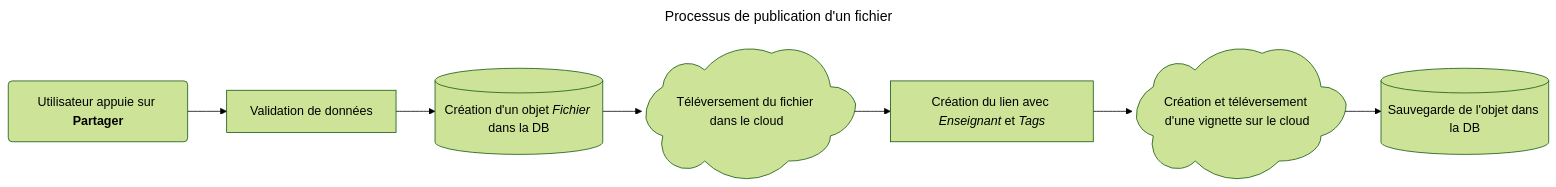
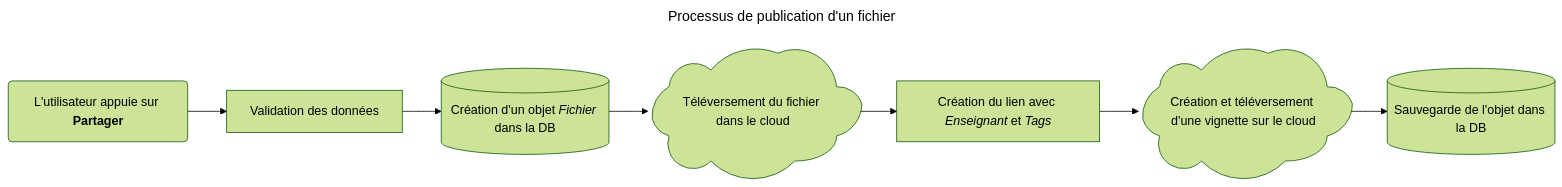
Before and after one commit to Zbebz/caverne-dAli-baba: the second of 4 diagrams in rapport.md, drawn with Mermaid (forest theme). The commit also changed other lines of this file, not shown here.

````diff
--- a/rapport.md
+++ b/rapport.md
@@ -170,7 +170,7 @@
 ```mermaid
 ---
 title: Processus de publication d'un fichier
 ---
 flowchart LR
-id1("`Utilisateur appuie sur **Partager**`")-->id2[Validation de données]-->id3[("`Création d'un objet *Fichier* dans la DB`")]-->id4@{ shape: cloud, label: "Téléversement du fichier dans le cloud" }-->id5["`Création du lien avec *Enseignant* et *Tags*`" ]-->id6@{ shape: cloud, label: "Création et téléversement d'une vignette sur le cloud" }-->id7[("`Sauvegarde de l'objet dans la DB`")]
+id1("`L'utilisateur appuie sur **Partager**`")-->id2[Validation des données]-->id3[("`Création d'un objet *Fichier* dans la DB`")]-->id4@{ shape: cloud, label: "Téléversement du fichier dans le cloud" }-->id5["`Création du lien avec *Enseignant* et *Tags*`" ]-->id6@{ shape: cloud, label: "Création et téléversement d'une vignette sur le cloud" }-->id7[("`Sauvegarde de l'objet dans la DB`")]
 ```
````
